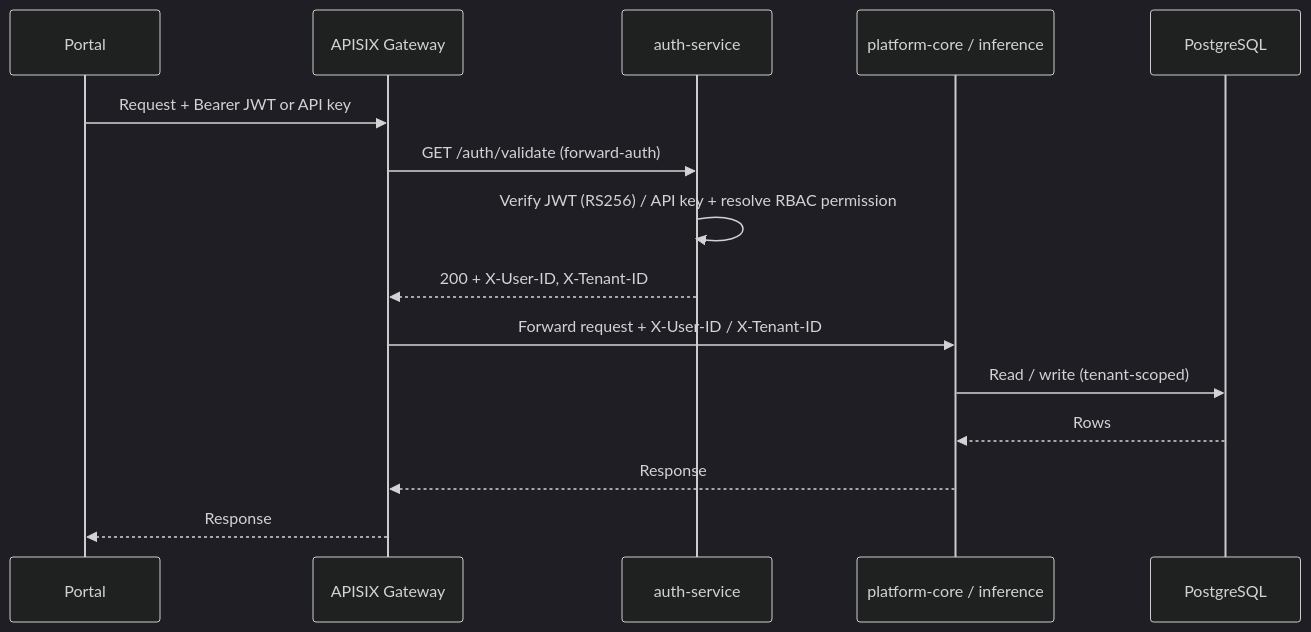
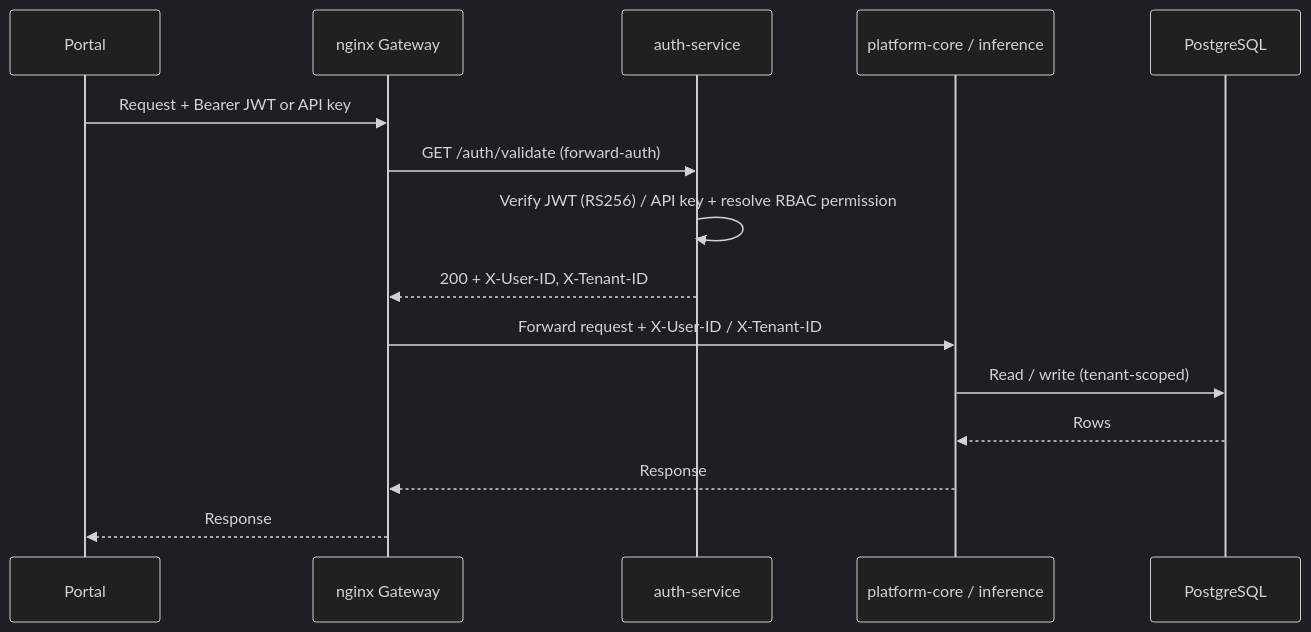
The second of 2 diagrams in docs/architecture/00-overview.md (COSS-India/ai4i-core), drawn with Mermaid (dark theme) before and after one commit. The commit also changed other lines of this file and 11 other files, not shown here.

````diff
--- a/docs/architecture/00-overview.md
+++ b/docs/architecture/00-overview.md
@@ -51,18 +51,18 @@
 ```mermaid
 sequenceDiagram
     participant P as Portal
-    participant GW as APISIX Gateway
+    participant GW as nginx Gateway
     participant A as auth-service
     participant S as platform-core / inference
     participant DB as PostgreSQL
 
     P->>GW: Request + Bearer JWT or API key
     GW->>A: GET /auth/validate (forward-auth)
     A->>A: Verify JWT (RS256) / API key + resolve RBAC permission
     A-->>GW: 200 + X-User-ID, X-Tenant-ID
     GW->>S: Forward request + X-User-ID / X-Tenant-ID
     S->>DB: Read / write (tenant-scoped)
     DB-->>S: Rows
     S-->>GW: Response
     GW-->>P: Response
 ```
````
